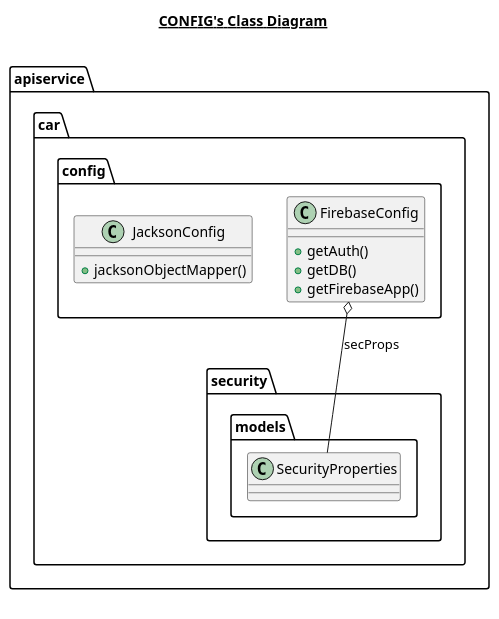
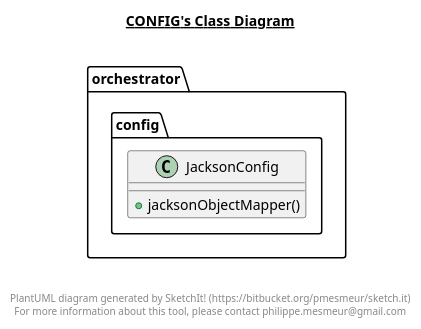
The diagram in orchestrator/src/main/java/orchestrator/config/config.plantuml (marcllort/Car_Rental_Monorepo), drawn with PlantUML before and after one commit. The commit also changed 21 other files, not shown here.

Commit message:
Added diagrams

```diff
--- a/orchestrator/src/main/java/orchestrator/config/config.plantuml
+++ b/orchestrator/src/main/java/orchestrator/config/config.plantuml
@@ -1,32 +1,23 @@
 @startuml
 
 title __CONFIG's Class Diagram__\n
 
-  namespace apiservice.car {
+  namespace orchestrator {
     namespace config {
-      class apiservice.car.config.FirebaseConfig {
-          + getAuth()
-          + getDB()
-          + getFirebaseApp()
-      }
-    }
-  }
-  
-
-  namespace apiservice.car {
-    namespace config {
-      class apiservice.car.config.JacksonConfig {
+      class orchestrator.config.JacksonConfig {
           + jacksonObjectMapper()
       }
     }
   }
   
 
-  apiservice.car.config.FirebaseConfig o-- apiservice.car.security.models.SecurityProperties : secProps
 
 
 right footer
 
+
+PlantUML diagram generated by SketchIt! (https://bitbucket.org/pmesmeur/sketch.it)
+For more information about this tool, please contact philippe.mesmeur@gmail.com
 endfooter
 
 @enduml
```
